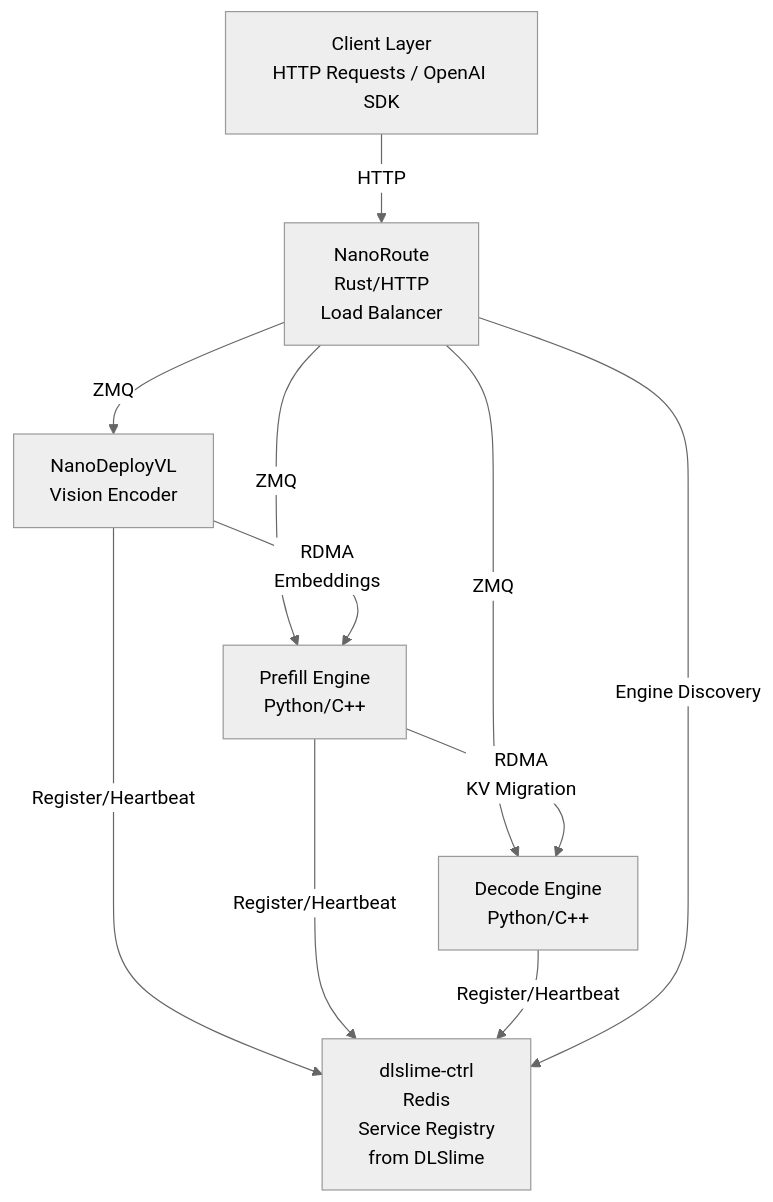
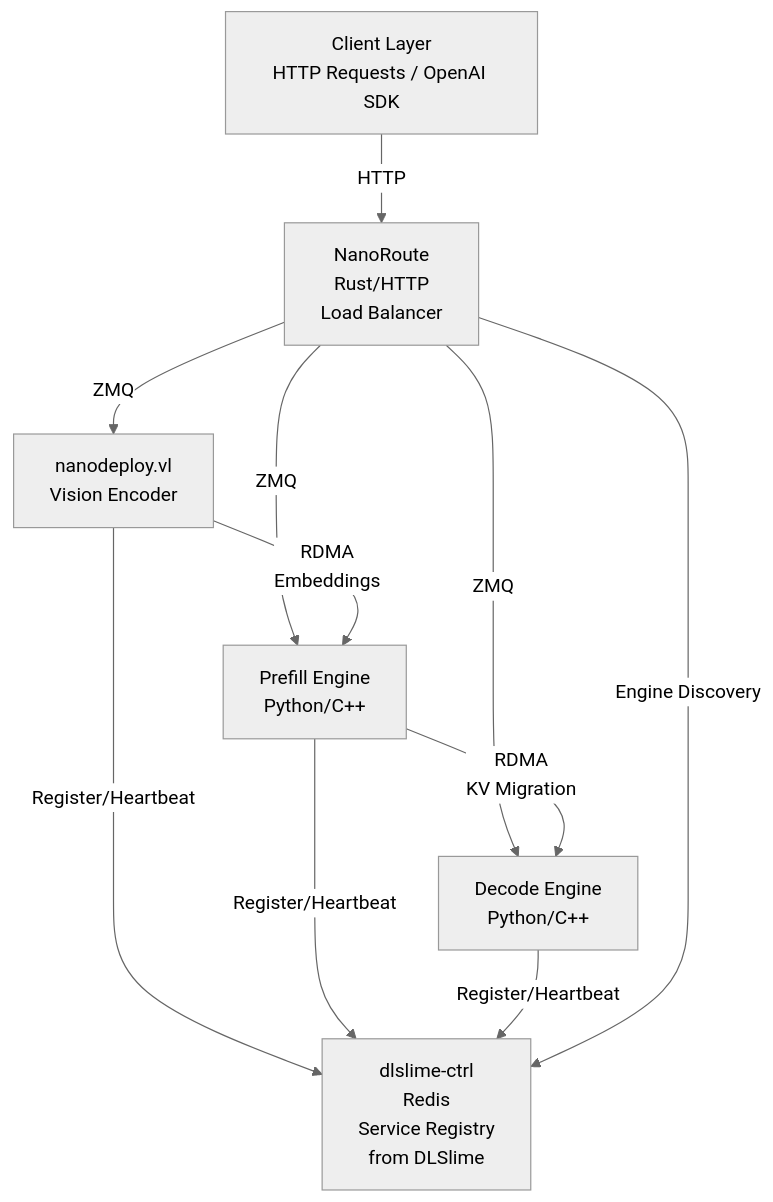
One commit to nano-infra/NanoEngine changed the diagram in README.md. Above: the diagram before and after it, drawn with Mermaid (neutral theme). The commit also changed other lines of this file and 19 other files, not shown here.

````diff
--- a/README.md
+++ b/README.md
@@ -45,20 +45,20 @@
 ```mermaid
 graph TB
     Client[Client Layer<br/>HTTP Requests / OpenAI SDK]
     Route[NanoRoute<br/>Rust/HTTP<br/>Load Balancer]
-    VL[NanoDeployVL<br/>Vision Encoder]
+    VL[nanodeploy.vl<br/>Vision Encoder]
     Prefill[Prefill Engine<br/>Python/C++]
     Decode[Decode Engine<br/>Python/C++]
     Ctrl[dlslime-ctrl<br/>Redis<br/>Service Registry<br/>from DLSlime]
 
     Client -->|HTTP| Route
     Route -->|ZMQ| VL
     Route -->|ZMQ| Prefill
     Route -->|ZMQ| Decode
     VL -->|RDMA<br/>Embeddings| Prefill
     Prefill -->|RDMA<br/>KV Migration| Decode
     VL -->|Register/Heartbeat| Ctrl
     Prefill -->|Register/Heartbeat| Ctrl
     Decode -->|Register/Heartbeat| Ctrl
     Route -->|Engine Discovery| Ctrl
 ```
````
